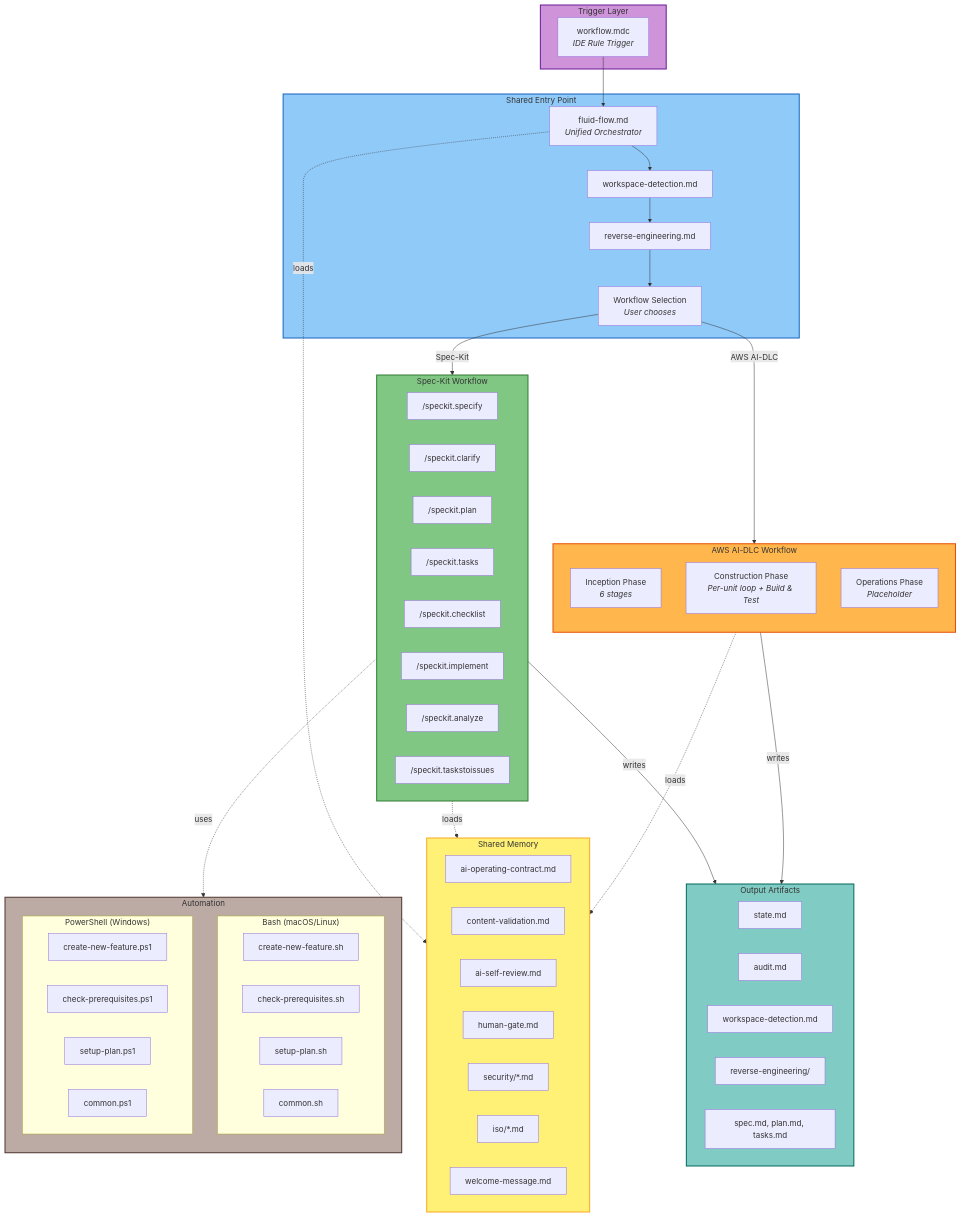
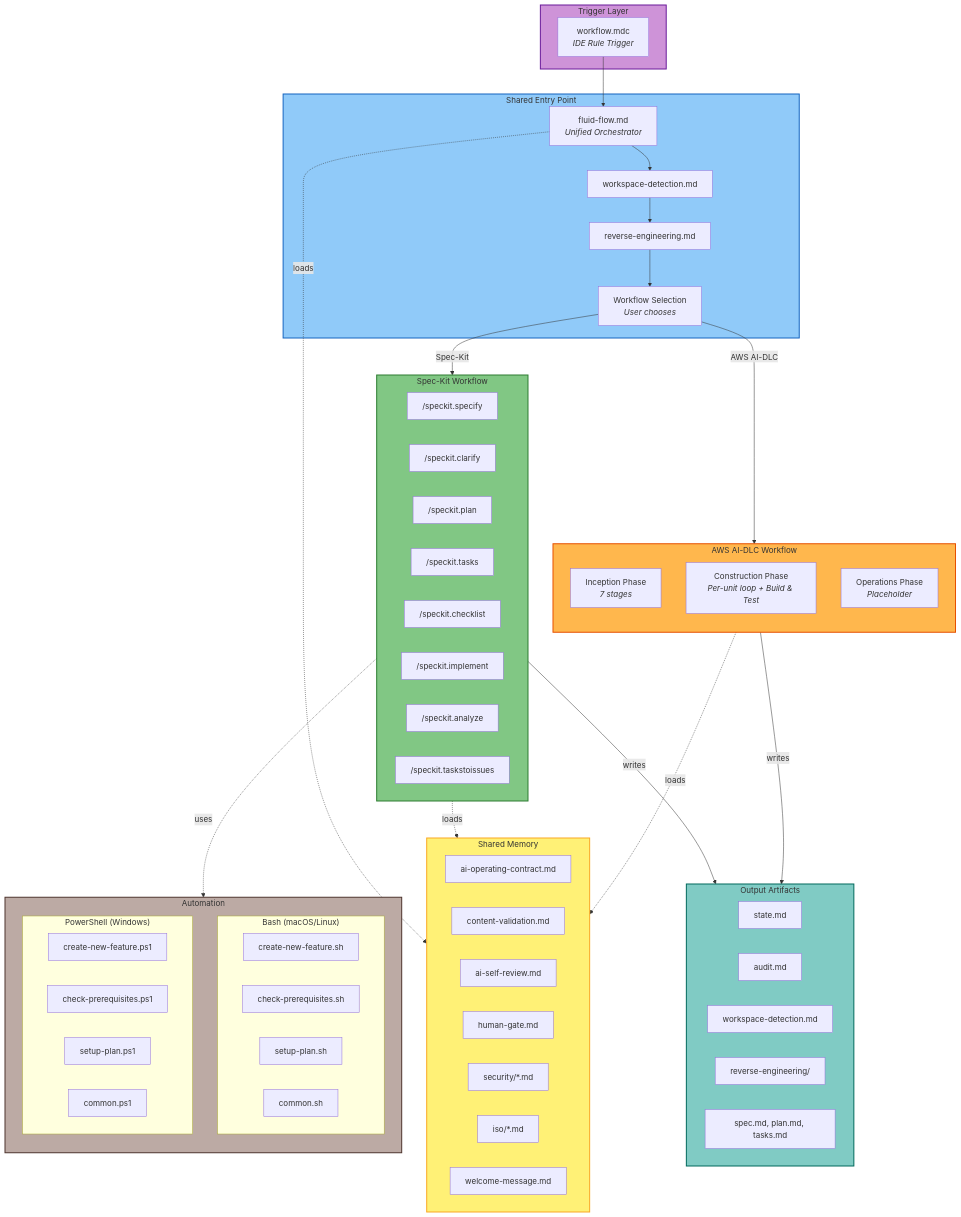
Before and after one commit to premkumarjanagarajan/fluid-flow-ai: the second of 3 diagrams in docs/ARCHITECTURE.md, drawn with Mermaid. The commit also changed other lines of this file and 11 other files, not shown here.

```diff
--- a/docs/ARCHITECTURE.md
+++ b/docs/ARCHITECTURE.md
@@ -66,7 +66,7 @@
 
     subgraph AIDLC["AWS AI-DLC Workflow"]
         direction TB
-        INC["Inception Phase<br/><i>6 stages</i>"]
+        INC["Inception Phase<br/><i>7 stages</i>"]
         CON["Construction Phase<br/><i>Per-unit loop + Build & Test</i>"]
         OPS["Operations Phase<br/><i>Placeholder</i>"]
     end
```
